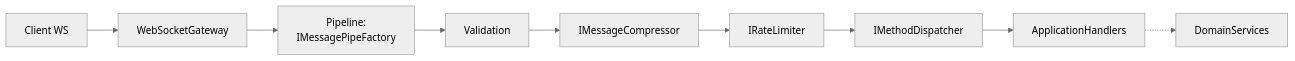
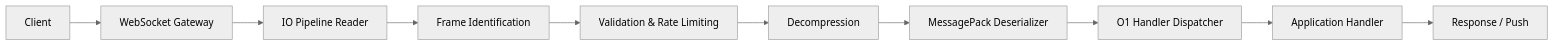
Before and after one commit to abanoubsamer/ChatSystem: the fourth of 7 diagrams in docs/architecture-improvements.md, drawn with Mermaid (neutral theme). The commit also changed other lines of this file, not shown here.

````diff
--- a/docs/architecture-improvements.md
+++ b/docs/architecture-improvements.md
@@ -71,15 +120,12 @@
 ```mermaid
 flowchart LR
-    Client[Client WS]
-    Gateway[WebSocketGateway]
-    Pipe[Pipeline:<br/>IMessagePipeFactory]
-    Validate[Validation]
-    Decompress[IMessageCompressor]
-    RateLimit[IRateLimiter]
-    Dispatch[IMethodDispatcher]
-    Handler[ApplicationHandlers]
-    
-    Client --> Gateway --> Pipe --> Validate --> Decompress --> RateLimit --> Dispatch --> Handler
-    
-    Handler -.-> Domain[DomainServices]
+    Client --> WS[WebSocket Gateway]
+    WS --> Pipeline[IO Pipeline Reader]
+    Pipeline --> Frame[Frame Identification]
+    Frame --> Validation[Validation & Rate Limiting]
+    Validation --> Decomp[Decompression]
+    Decomp --> Deser[MessagePack Deserializer]
+    Deser --> Dispatch[O1 Handler Dispatcher]
+    Dispatch --> Handler[Application Handler]
+    Handler --> Response[Response / Push]
 ```
````
